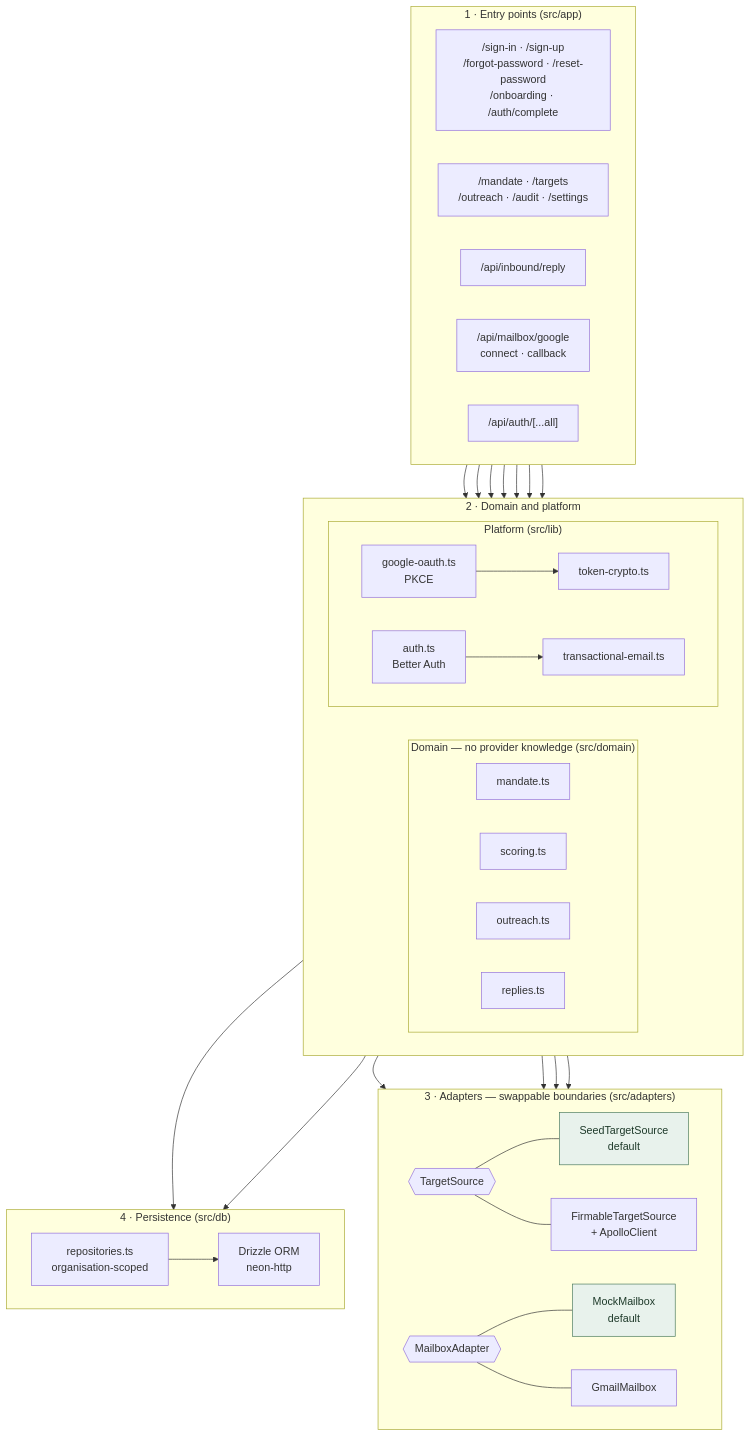
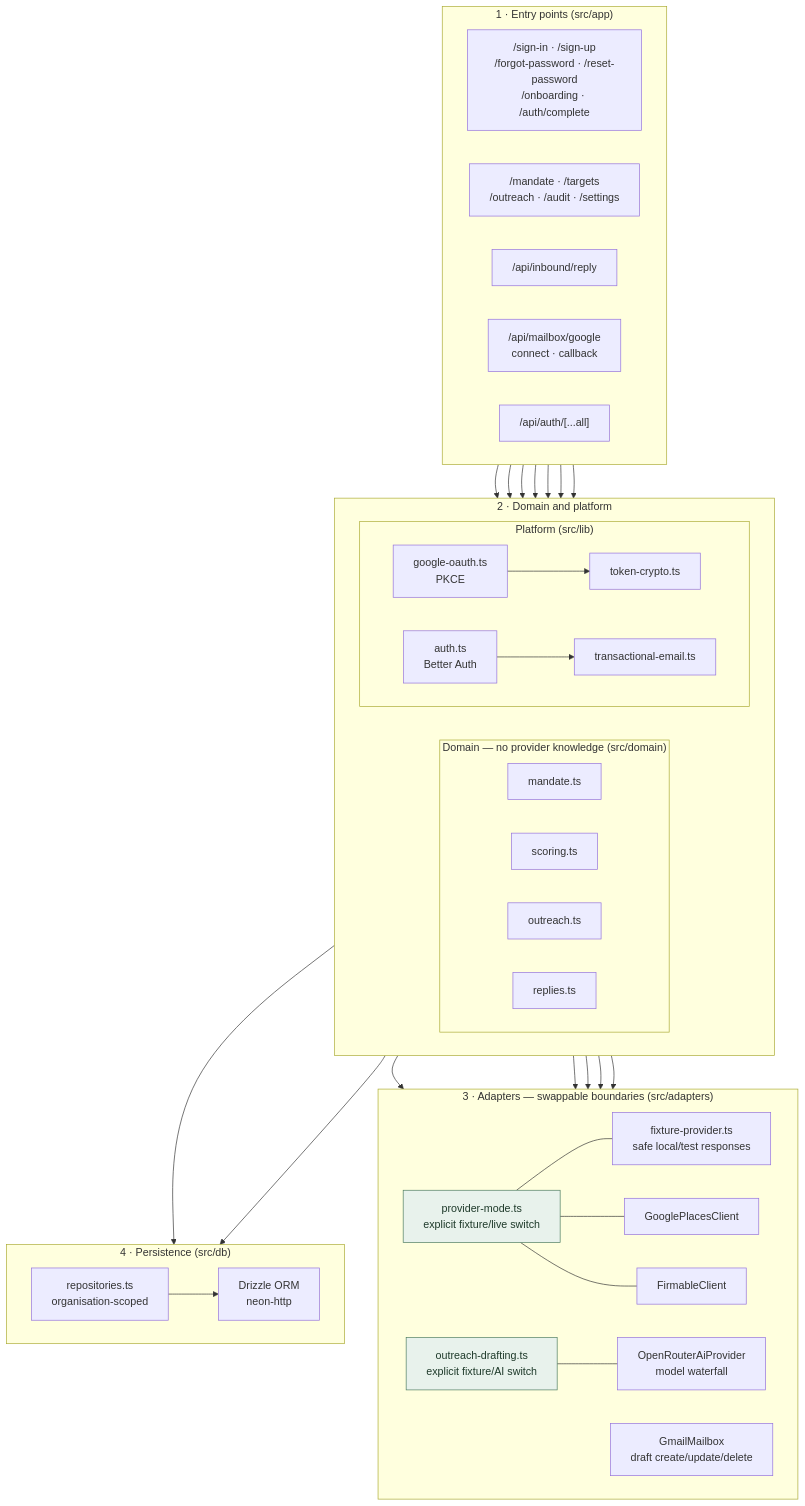
The second of 4 diagrams in docs/24-architecture.md (Sansoni-Management-Dev-Team/acquired), drawn with Mermaid before and after one commit. The commit also changed other lines of this file and 8 other files, not shown here.

````diff
--- a/docs/24-architecture.md
+++ b/docs/24-architecture.md
@@ -51,70 +53,72 @@
 ```mermaid
 flowchart TB
     subgraph l1["1 · Entry points (src/app)"]
         direction LR
         authpages["/sign-in · /sign-up<br/>/forgot-password · /reset-password<br/>/onboarding · /auth/complete"]
         apppages["/mandate · /targets<br/>/outreach · /audit · /settings"]
         inbound["/api/inbound/reply"]
         mailboxapi["/api/mailbox/google<br/>connect · callback"]
         authapi["/api/auth/[...all]"]
     end
 
     subgraph l2["2 · Domain and platform"]
         direction LR
         subgraph dom["Domain — no provider knowledge (src/domain)"]
             direction LR
             mandate["mandate.ts"]
             scoring["scoring.ts"]
             outreach["outreach.ts"]
             replies["replies.ts"]
         end
         subgraph plat["Platform (src/lib)"]
             direction LR
             betterauth["auth.ts<br/>Better Auth"]
             gauth["google-oauth.ts<br/>PKCE"]
             crypto["token-crypto.ts"]
             mail["transactional-email.ts"]
         end
     end
 
     subgraph l3["3 · Adapters — swappable boundaries (src/adapters)"]
         direction LR
-        seed["SeedTargetSource<br/>default"]
-        tsrc{{"TargetSource"}}
-        firmablesrc["FirmableTargetSource<br/>+ ApolloClient"]
-        mock["MockMailbox<br/>default"]
-        mbox{{"MailboxAdapter"}}
-        gmail["GmailMailbox"]
-        tsrc --- seed
-        tsrc --- firmablesrc
-        mbox --- mock
-        mbox --- gmail
+        mode["provider-mode.ts<br/>explicit fixture/live switch"]
+        fixture["fixture-provider.ts<br/>safe local/test responses"]
+        places["GooglePlacesClient"]
+        firmable["FirmableClient"]
+        drafting["outreach-drafting.ts<br/>explicit fixture/AI switch"]
+        ai["OpenRouterAiProvider<br/>model waterfall"]
+        gmail["GmailMailbox<br/>draft create/update/delete"]
+        mode --- fixture
+        mode --- places
+        mode --- firmable
+        drafting --- ai
     end
 
     subgraph l4["4 · Persistence (src/db)"]
         direction LR
         repos["repositories.ts<br/>organisation-scoped"] --> orm["Drizzle ORM<br/>neon-http"]
     end
 
     apppages --> mandate
     apppages --> scoring
     apppages --> outreach
     inbound --> replies
     mailboxapi --> gauth
     authapi --> betterauth
     authpages --> betterauth
 
     gauth --> crypto
     betterauth --> mail
 
-    mandate --> tsrc
-    scoring --> tsrc
-    outreach --> mbox
+    mandate --> mode
+    scoring --> mode
+    outreach --> drafting
+    outreach --> gmail
     crypto --> gmail
 
     dom --> repos
     betterauth --> repos
 
     classDef def fill:#e8f2ec,stroke:#4a7a5e,color:#1e3a2a
-    class seed,mock def
+    class mode,drafting def
 ```
````
